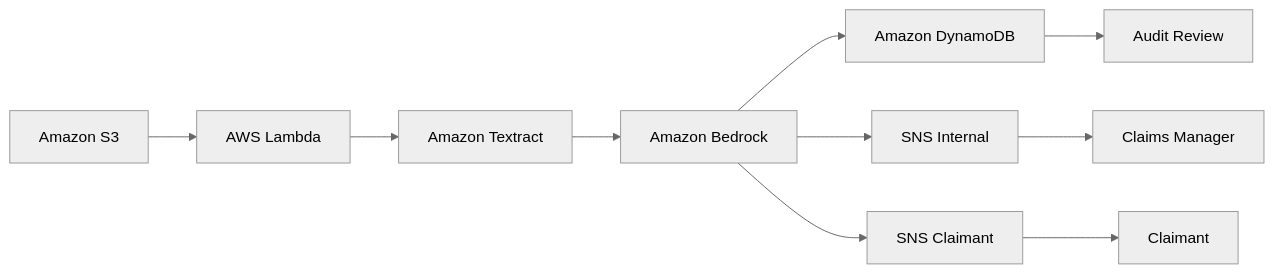
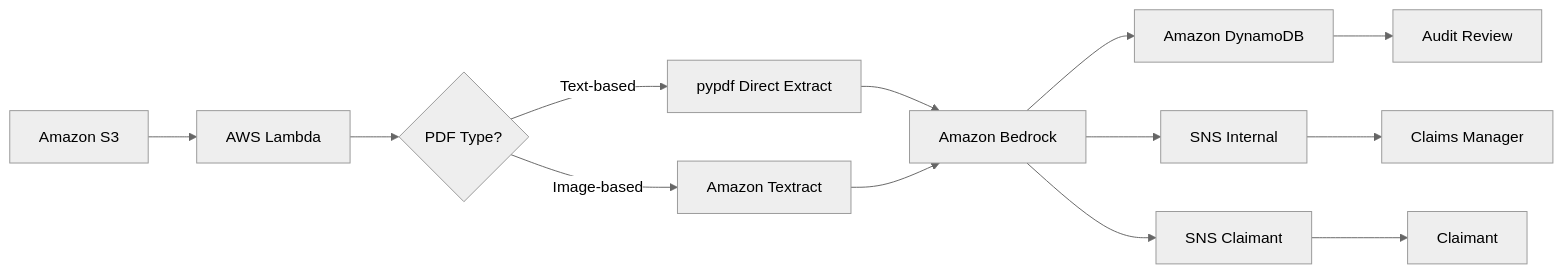
The diagram in README.md (nathanielkay11-tech/aws-ai-document-pipeline), drawn with Mermaid (neutral theme) before and after one commit. The commit also changed other lines of this file, not shown here.

Commit message:
docs: update architecture diagram and services table for dual PDF processing

````diff
--- a/README.md
+++ b/README.md
@@ -23,12 +23,15 @@
 ```mermaid
 graph LR
     A[Amazon S3] --> B[AWS Lambda]
-    B --> C[Amazon Textract]
-    C --> D[Amazon Bedrock]
-    D --> E[Amazon DynamoDB]
-    D --> F[SNS Internal]
-    D --> G[SNS Claimant]
-    F --> H[Claims Manager]
-    G --> I[Claimant]
-    E --> J[Audit Review]
+    B --> C{PDF Type?}
+    C -->|Text-based| D[pypdf Direct Extract]
+    C -->|Image-based| E[Amazon Textract]
+    D --> F[Amazon Bedrock]
+    E --> F[Amazon Bedrock]
+    F --> G[Amazon DynamoDB]
+    F --> H[SNS Internal]
+    F --> I[SNS Claimant]
+    H --> J[Claims Manager]
+    I --> K[Claimant]
+    G --> L[Audit Review]
 ```
````
